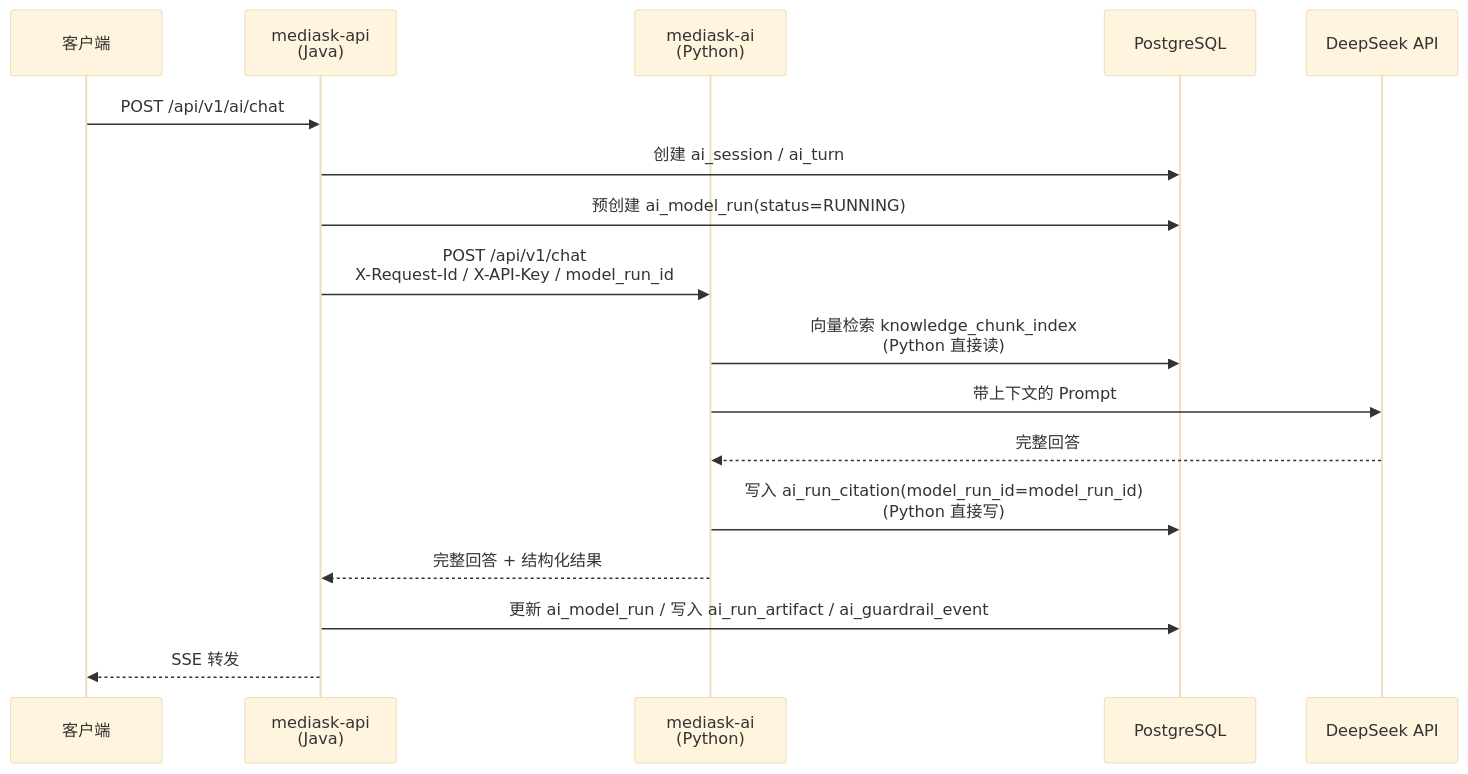
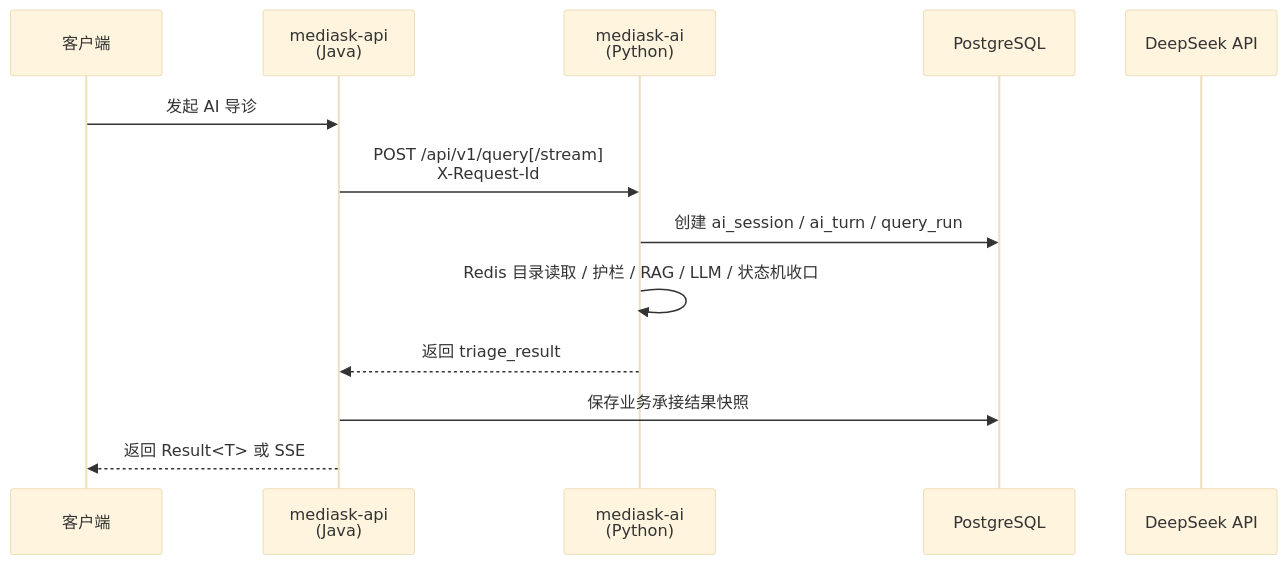
Before and after one commit to JianwenShaw/MediAskDocs: the third of 5 diagrams in docs/01-OVERVIEW.md, drawn with Mermaid (base theme). The commit also changed other lines of this file and 16 other files, not shown here.

Commit message:
docs: sync rag python service plan

````diff
--- a/docs/01-OVERVIEW.md
+++ b/docs/01-OVERVIEW.md
@@ -378,20 +378,16 @@
 ```mermaid
 sequenceDiagram
     participant Client as 客户端
     participant API as mediask-api<br/>(Java)
     participant AI as mediask-ai<br/>(Python)
     participant PG as PostgreSQL
     participant LLM as DeepSeek API
 
-    Client->>API: POST /api/v1/ai/chat
-    API->>PG: 创建 ai_session / ai_turn
-    API->>PG: 预创建 ai_model_run(status=RUNNING)
-    API->>AI: POST /api/v1/chat<br/>X-Request-Id / X-API-Key / model_run_id
-    AI->>PG: 向量检索 knowledge_chunk_index<br/>(Python 直接读)
-    AI->>LLM: 带上下文的 Prompt
-    LLM-->>AI: 完整回答
-    AI->>PG: 写入 ai_run_citation(model_run_id=model_run_id)<br/>(Python 直接写)
-    AI-->>API: 完整回答 + 结构化结果
-    API->>PG: 更新 ai_model_run / 写入 ai_run_artifact / ai_guardrail_event
-    API-->>Client: SSE 转发
+    Client->>API: 发起 AI 导诊
+    API->>AI: POST /api/v1/query[/stream]<br/>X-Request-Id
+    AI->>PG: 创建 ai_session / ai_turn / query_run
+    AI->>AI: Redis 目录读取 / 护栏 / RAG / LLM / 状态机收口
+    AI-->>API: 返回 triage_result
+    API->>PG: 保存业务承接结果快照
+    API-->>Client: 返回 Result<T> 或 SSE
 ```
````
